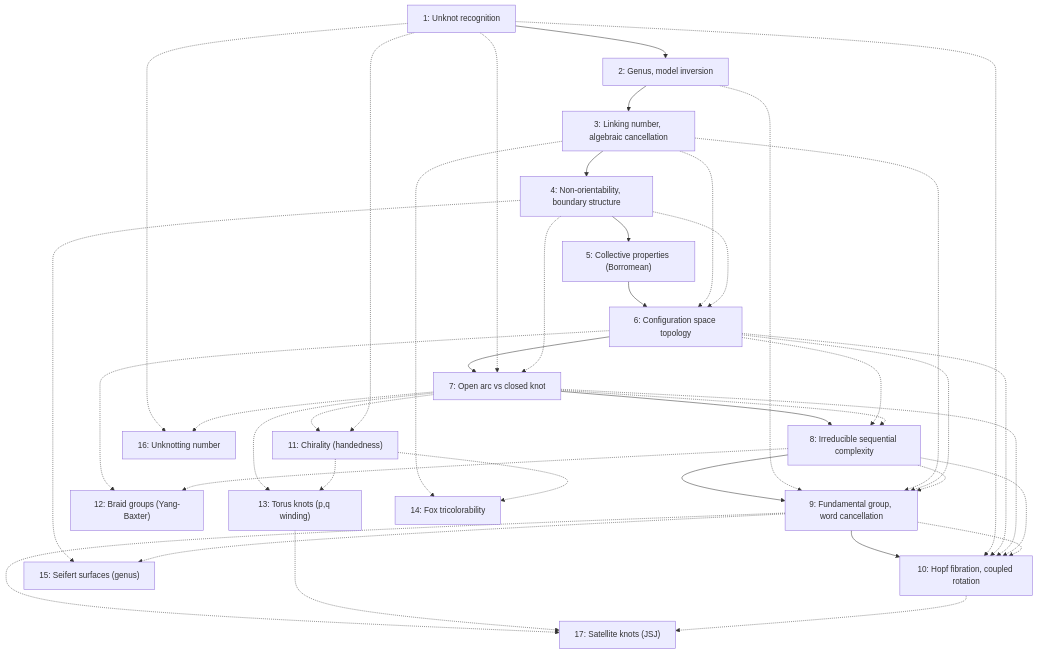
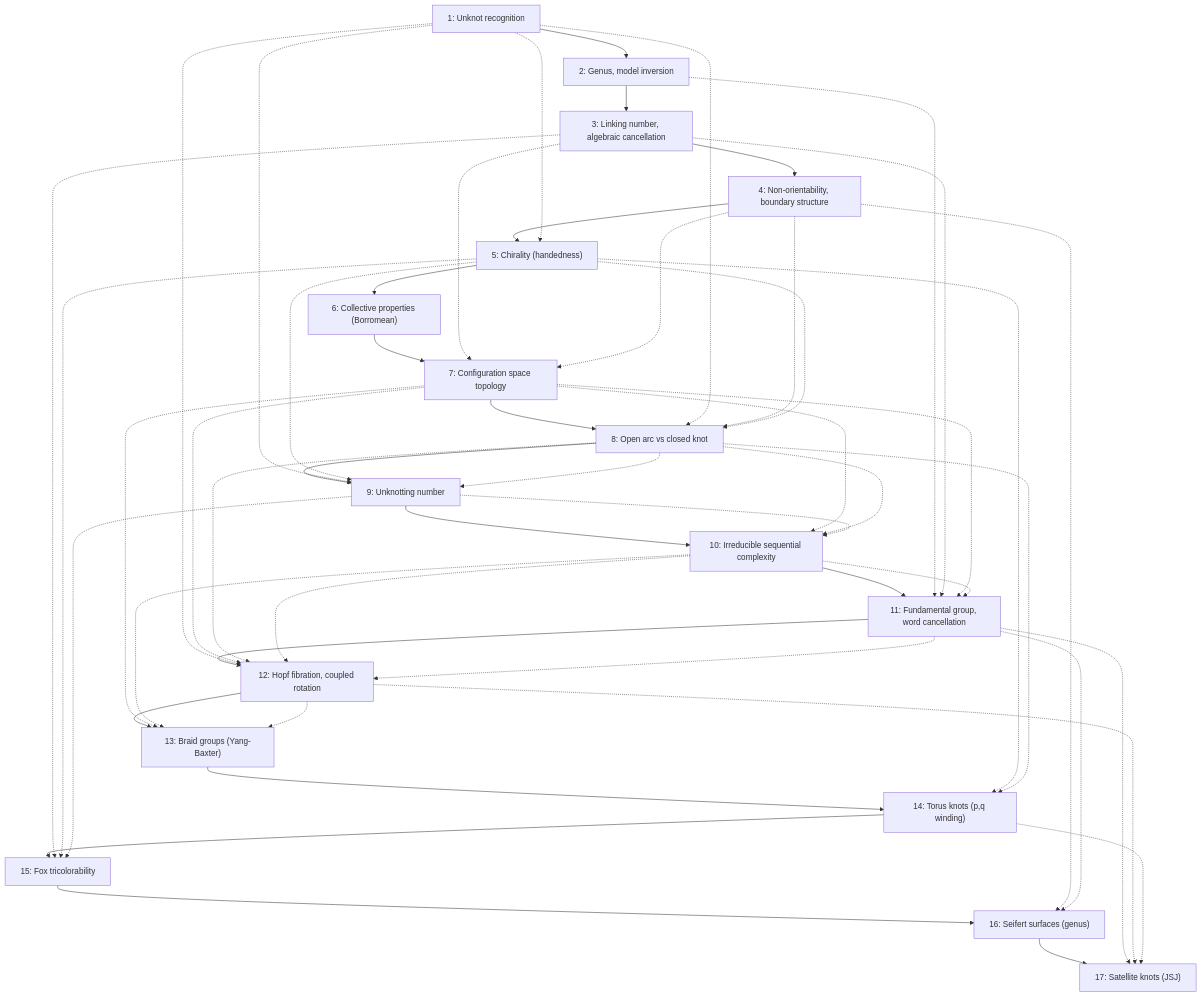
Before and after one commit to sonoransun/knotgames: the diagram in theory/pedagogical-arc.md, drawn with Mermaid. The commit also changed other lines of this file and 33 other files, not shown here.

````diff
--- a/theory/pedagogical-arc.md
+++ b/theory/pedagogical-arc.md
@@ -555,54 +537,57 @@
 ```mermaid
 flowchart TD
     P1["1: Unknot recognition"]
     P2["2: Genus, model inversion"]
     P3["3: Linking number, algebraic cancellation"]
     P4["4: Non-orientability, boundary structure"]
-    P5["5: Collective properties (Borromean)"]
-    P6["6: Configuration space topology"]
-    P7["7: Open arc vs closed knot"]
-    P8["8: Irreducible sequential complexity"]
-    P9["9: Fundamental group, word cancellation"]
-    P10["10: Hopf fibration, coupled rotation"]
-    P11["11: Chirality (handedness)"]
-    P12["12: Braid groups (Yang-Baxter)"]
-    P13["13: Torus knots (p,q winding)"]
-    P14["14: Fox tricolorability"]
-    P15["15: Seifert surfaces (genus)"]
-    P16["16: Unknotting number"]
+    P5["5: Chirality (handedness)"]
+    P6["6: Collective properties (Borromean)"]
+    P7["7: Configuration space topology"]
+    P8["8: Open arc vs closed knot"]
+    P9["9: Unknotting number"]
+    P10["10: Irreducible sequential complexity"]
+    P11["11: Fundamental group, word cancellation"]
+    P12["12: Hopf fibration, coupled rotation"]
+    P13["13: Braid groups (Yang-Baxter)"]
+    P14["14: Torus knots (p,q winding)"]
+    P15["15: Fox tricolorability"]
+    P16["16: Seifert surfaces (genus)"]
     P17["17: Satellite knots (JSJ)"]
 
-    P1 --> P2 --> P3 --> P4 --> P5 --> P6 --> P7 --> P8 --> P9 --> P10
+    P1 --> P2 --> P3 --> P4 --> P5 --> P6 --> P7 --> P8 --> P9 --> P10 --> P11 --> P12 --> P13 --> P14 --> P15 --> P16 --> P17
 
-    P3 -.-> P6
-    P4 -.-> P6
-    P1 -.-> P7
+    P1 -.-> P5
+    P3 -.-> P7
     P4 -.-> P7
-    P6 -.-> P8
-    P7 -.-> P8
-    P2 -.-> P9
-    P3 -.-> P9
-    P6 -.-> P9
+    P1 -.-> P8
+    P4 -.-> P8
+    P5 -.-> P8
+    P1 -.-> P9
+    P5 -.-> P9
     P8 -.-> P9
-    P1 -.-> P10
-    P6 -.-> P10
     P7 -.-> P10
     P8 -.-> P10
     P9 -.-> P10
-
+    P2 -.-> P11
+    P3 -.-> P11
     P7 -.-> P11
-    P1 -.-> P11
-    P6 -.-> P12
+    P10 -.-> P11
+    P1 -.-> P12
+    P7 -.-> P12
     P8 -.-> P12
+    P10 -.-> P12
+    P11 -.-> P12
     P7 -.-> P13
-    P11 -.-> P13
-    P3 -.-> P14
-    P11 -.-> P14
-    P4 -.-> P15
+    P10 -.-> P13
+    P12 -.-> P13
+    P5 -.-> P14
+    P8 -.-> P14
+    P3 -.-> P15
+    P5 -.-> P15
     P9 -.-> P15
-    P1 -.-> P16
-    P7 -.-> P16
-    P9 -.-> P17
-    P13 -.-> P17
-    P10 -.-> P17
+    P4 -.-> P16
+    P11 -.-> P16
+    P11 -.-> P17
+    P12 -.-> P17
+    P14 -.-> P17
 ```
````
